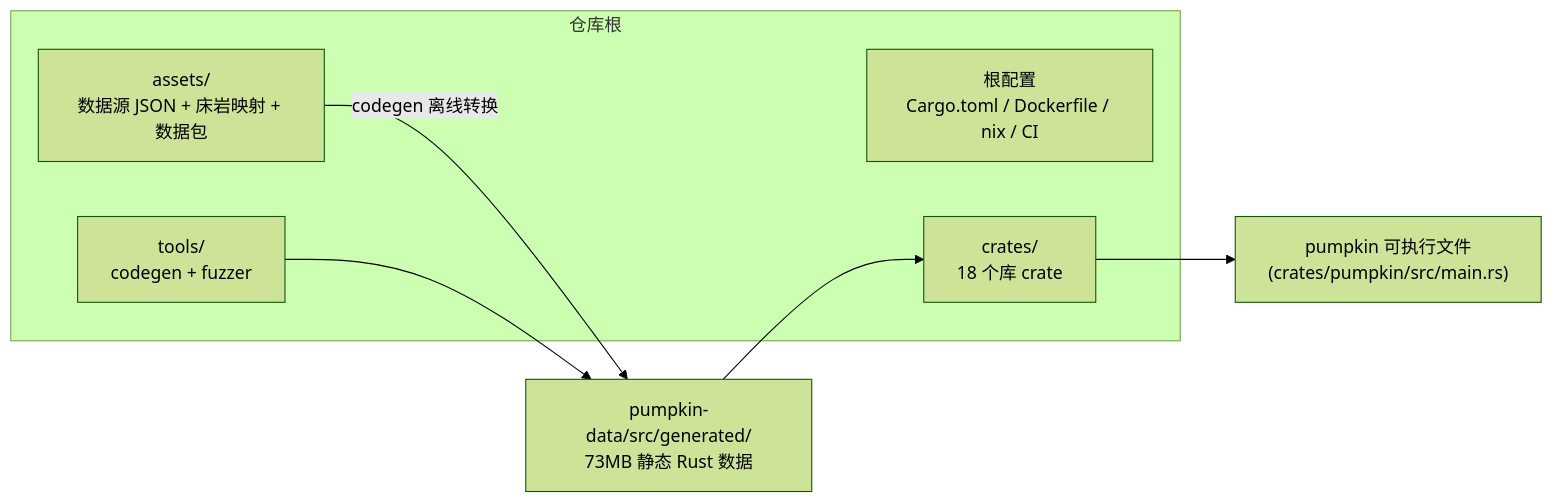
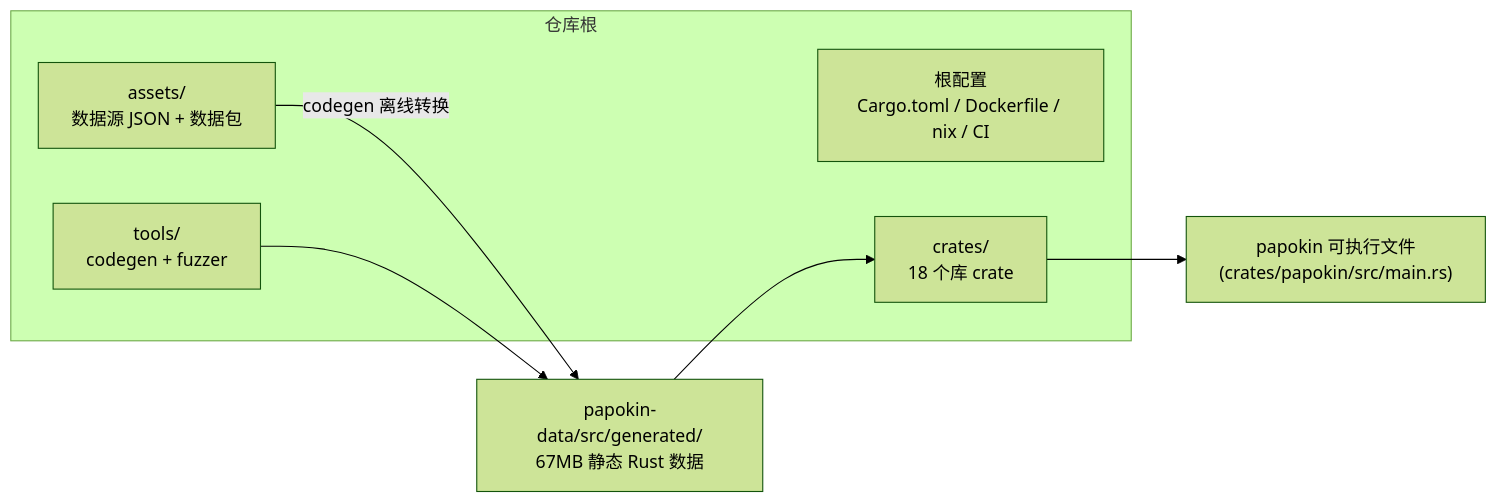
Before and after one commit to Quotidietium/Papokin: the diagram in note/02-目录结构.md, drawn with Mermaid (forest theme). The commit also changed other lines of this file and 1 other file, not shown here.

````diff
--- a/note/02-目录结构.md
+++ b/note/02-目录结构.md
@@ -140,13 +137,13 @@
 ```mermaid
 graph LR
     subgraph REPO["仓库根"]
         ROOT_FILES["根配置<br/>Cargo.toml / Dockerfile / nix / CI"]
-        ASSETS["assets/<br/>数据源 JSON + 床岩映射 + 数据包"]
+        ASSETS["assets/<br/>数据源 JSON + 数据包"]
         CRATES["crates/<br/>18 个库 crate"]
         TOOLS["tools/<br/>codegen + fuzzer"]
     end
-    ASSETS -- "codegen 离线转换" --> GEN["pumpkin-data/src/generated/<br/>73MB 静态 Rust 数据"]
+    ASSETS -- "codegen 离线转换" --> GEN["papokin-data/src/generated/<br/>67MB 静态 Rust 数据"]
     TOOLS --> GEN
     GEN --> CRATES
-    CRATES --> BIN["pumpkin 可执行文件<br/>(crates/pumpkin/src/main.rs)"]
+    CRATES --> BIN["papokin 可执行文件<br/>(crates/papokin/src/main.rs)"]
 ```
````
